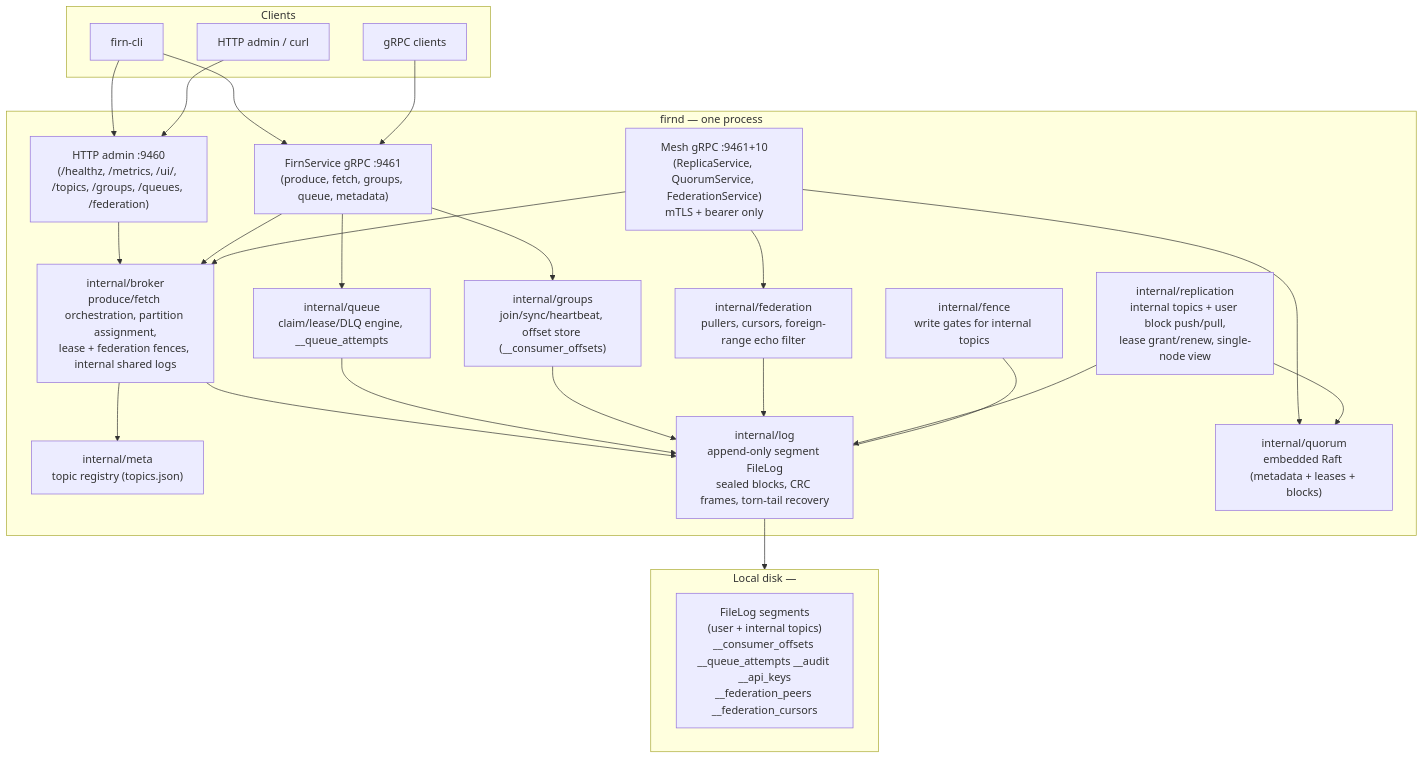
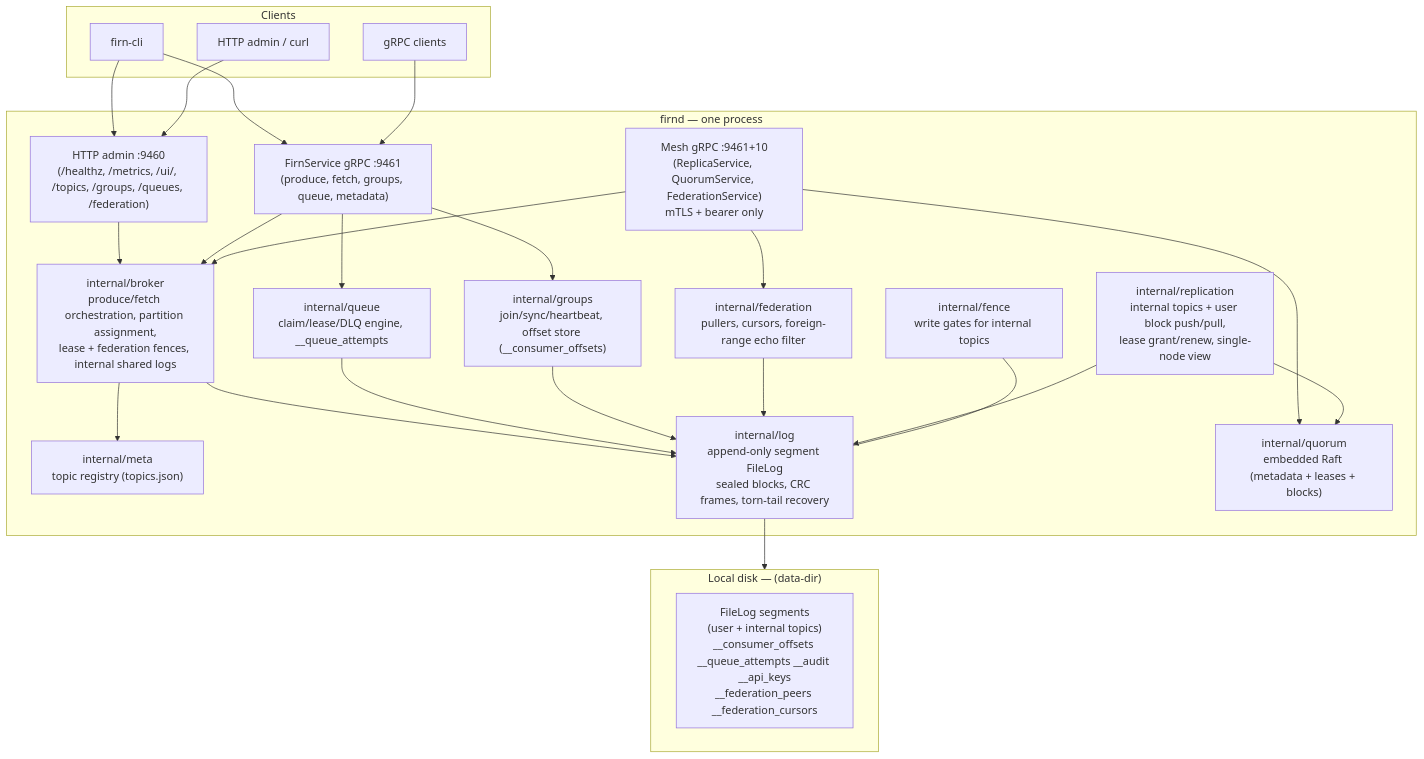
The first of 14 diagrams in docs/adr/012-architecture.md (rahulkj/firn), drawn with Mermaid before and after one commit. The commit also changed other lines of this file, not shown here.

Commit message:
docs(adr-012): strip HTML-like tags from flowchart labels
'<data-dir>' in quoted mermaid node labels parses as an HTML tag and the
label silently drops it on render; replaced with parentheses. Angle-bracketed
text elsewhere in the file sits in sequenceDiagram blocks (plain text,
renders literally) and tables/prose (fine), so it stays as-is.

````diff
--- a/docs/adr/012-architecture.md
+++ b/docs/adr/012-architecture.md
@@ -23,54 +23,54 @@
 ```mermaid
 flowchart TB
     subgraph clients[Clients]
         cli[firn-cli]
         grpcclient[gRPC clients]
         http[HTTP admin / curl]
     end
 
     subgraph firnd["firnd — one process"]
         httpapi["HTTP admin :9460<br/>(/healthz, /metrics, /ui/, /topics, /groups, /queues, /federation)"]
         grpcapi["FirnService gRPC :9461<br/>(produce, fetch, groups, queue, metadata)"]
         mesh["Mesh gRPC :9461+10<br/>(ReplicaService, QuorumService, FederationService)<br/>mTLS + bearer only"]
 
         broker["internal/broker<br/>produce/fetch orchestration, partition assignment,<br/>lease + federation fences, internal shared logs"]
         queue["internal/queue<br/>claim/lease/DLQ engine, __queue_attempts"]
         groups["internal/groups<br/>join/sync/heartbeat, offset store (__consumer_offsets)"]
 
         meta["internal/meta<br/>topic registry (topics.json)"]
         flog["internal/log<br/>append-only segment FileLog<br/>sealed blocks, CRC frames, torn-tail recovery"]
 
         quorum["internal/quorum<br/>embedded Raft (metadata + leases + blocks)"]
         repl["internal/replication<br/>internal topics + user block push/pull,<br/>lease grant/renew, single-node view"]
         fed["internal/federation<br/>pullers, cursors, foreign-range echo filter"]
         fence["internal/fence<br/>write gates for internal topics"]
     end
 
-    subgraph disk["Local disk — <data-dir>"]
+    subgraph disk["Local disk — (data-dir)"]
         filelog["FileLog segments<br/>(user + internal topics)<br/>__consumer_offsets __queue_attempts __audit __api_keys<br/>__federation_peers __federation_cursors"]
     end
 
     cli --> httpapi
     cli --> grpcapi
     http --> httpapi
     grpcclient --> grpcapi
 
     httpapi --> broker
     grpcapi --> broker
     grpcapi --> queue
     grpcapi --> groups
     mesh --> broker
     mesh --> quorum
     mesh --> fed
 
     broker --> meta
     broker --> flog
     queue --> flog
     groups --> flog
     fed --> flog
     repl --> quorum
     repl --> flog
     fence --- flog
 
     flog --> disk
 ```
````
